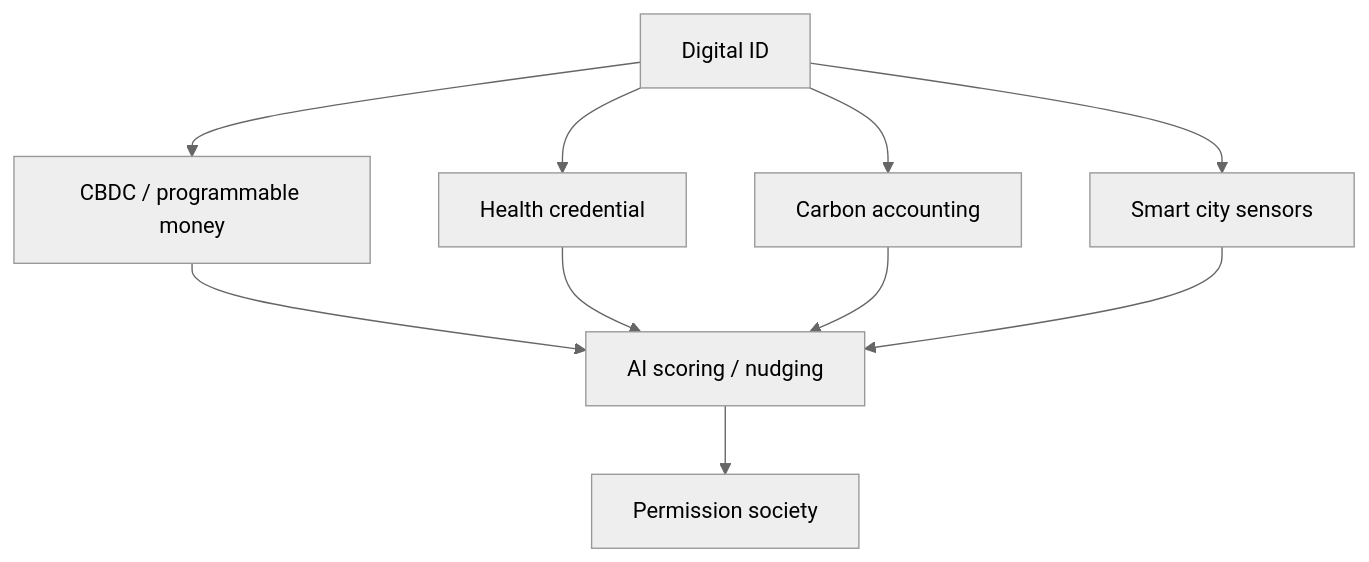
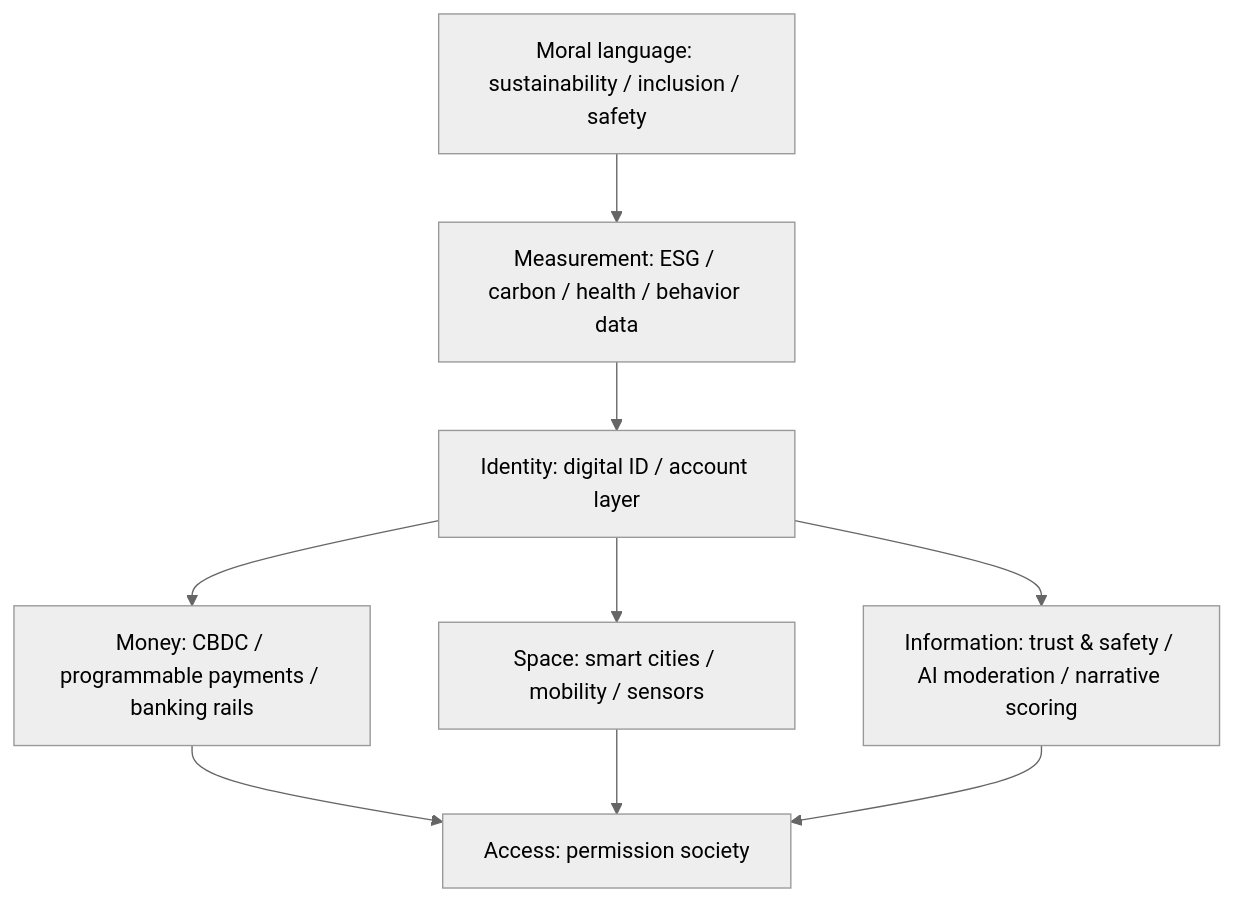
Before and after one commit to dyukahi/knowledge: the first of 3 diagrams in politics-conspiracy/Báo Cáo 2030.md, drawn with Mermaid (neutral theme). The commit also changed other lines of this file and 2 other files, not shown here.

Commit message:
docs: rewrite agenda 2030 as permission architecture

````diff
--- a/politics-conspiracy/Báo Cáo 2030.md
+++ b/politics-conspiracy/Báo Cáo 2030.md
@@ -62,19 +85,18 @@
 ```mermaid
 flowchart TD
-    A["Digital ID"]
-    B["CBDC / programmable money"]
-    C["Health credential"]
-    D["Carbon accounting"]
-    E["Smart city sensors"]
-    F["AI scoring / nudging"]
-    G["Permission society"]
+    A["Moral language: sustainability / inclusion / safety"]
+    B["Measurement: ESG / carbon / health / behavior data"]
+    C["Identity: digital ID / account layer"]
+    D["Money: CBDC / programmable payments / banking rails"]
+    E["Space: smart cities / mobility / sensors"]
+    F["Information: trust & safety / AI moderation / narrative scoring"]
+    G["Access: permission society"]
     A --> B
-    A --> C
-    A --> D
-    A --> E
-    B --> F
+    B --> C
+    C --> D
+    C --> E
     C --> F
-    D --> F
-    E --> F
+    D --> G
+    E --> G
     F --> G
 ```
````
